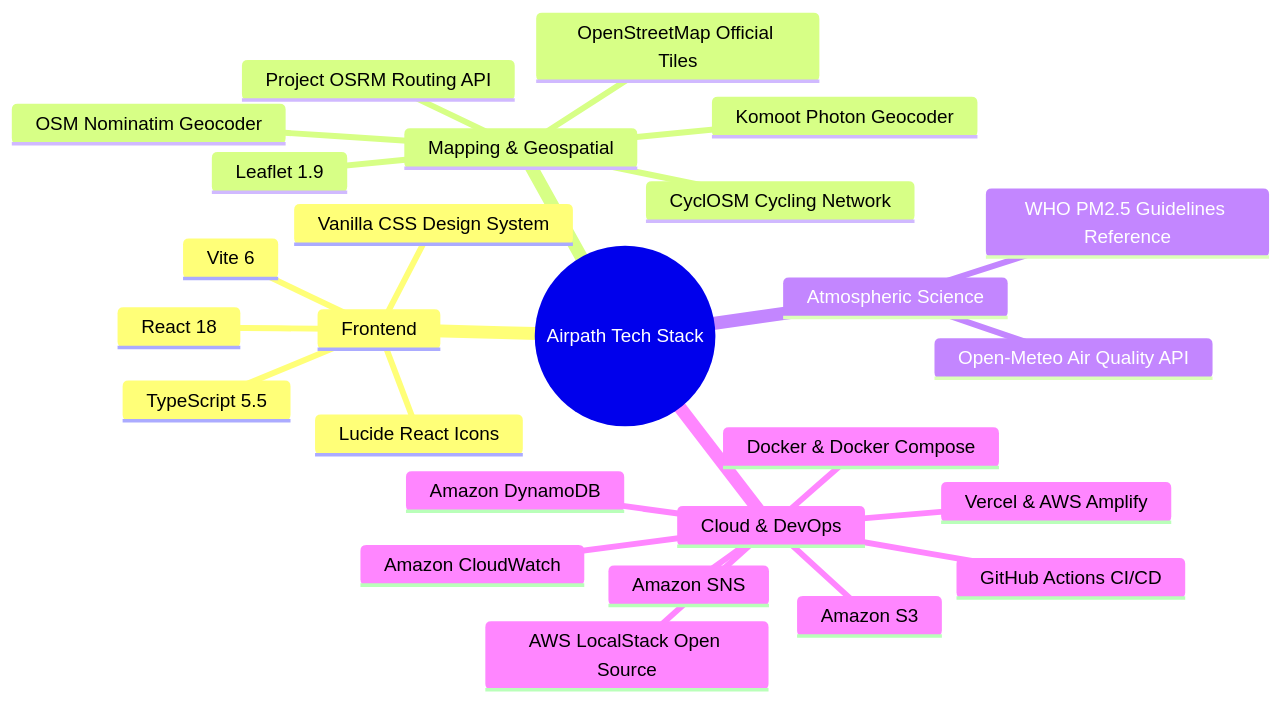
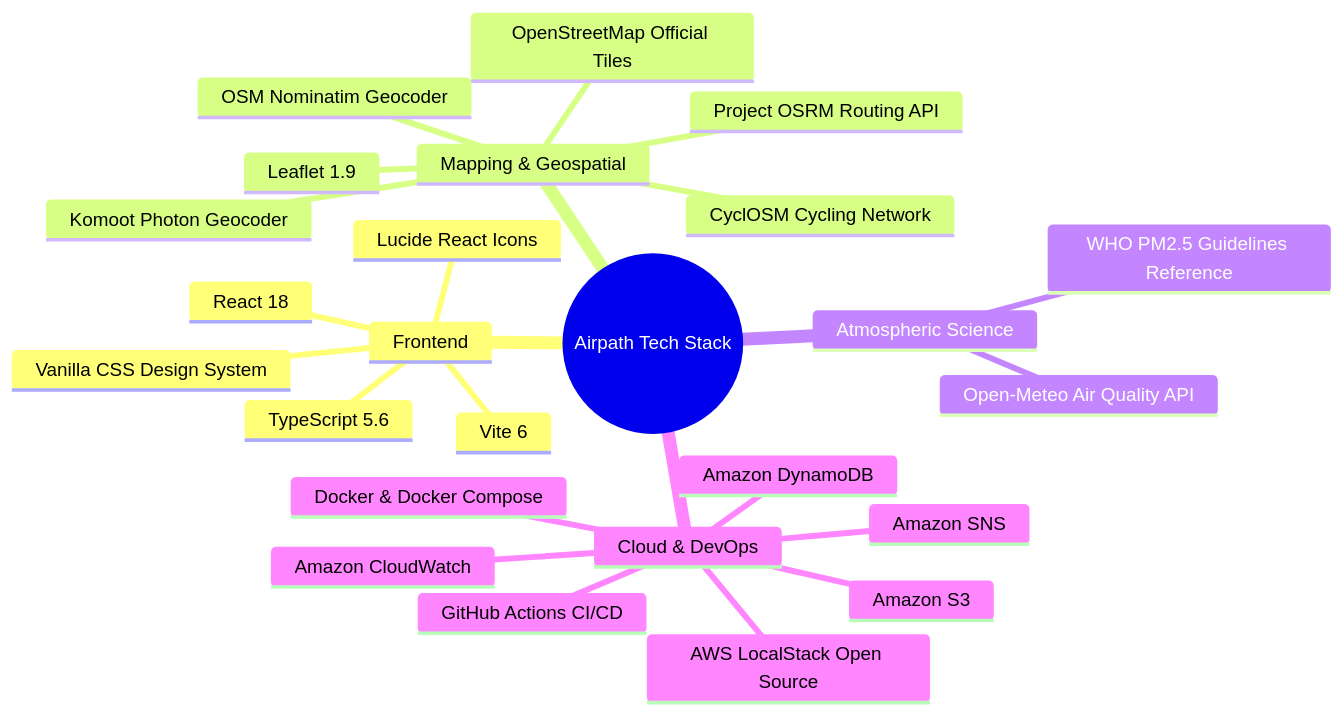
Before and after one commit to Bhaumik-99/Airpath: the fourth of 4 diagrams in README.md, drawn with Mermaid. The commit also changed other lines of this file, not shown here.

Commit message:
docs: Remove live deployments section and update TypeScript version to 5.6 in README

````diff
--- a/README.md
+++ b/README.md
@@ -187,29 +187,28 @@
 ```mermaid
 mindmap
   root((Airpath Tech Stack))
     Frontend
       React 18
-      TypeScript 5.5
+      TypeScript 5.6
       Vite 6
       Vanilla CSS Design System
       Lucide React Icons
     Mapping & Geospatial
       Leaflet 1.9
       OpenStreetMap Official Tiles
       CyclOSM Cycling Network
       Project OSRM Routing API
       Komoot Photon Geocoder
       OSM Nominatim Geocoder
     Atmospheric Science
       Open-Meteo Air Quality API
       WHO PM2.5 Guidelines Reference
     Cloud & DevOps
       AWS LocalStack Open Source
       Amazon S3
       Amazon DynamoDB
       Amazon SNS
       Amazon CloudWatch
       Docker & Docker Compose
       GitHub Actions CI/CD
-      Vercel & AWS Amplify
 ```
````
